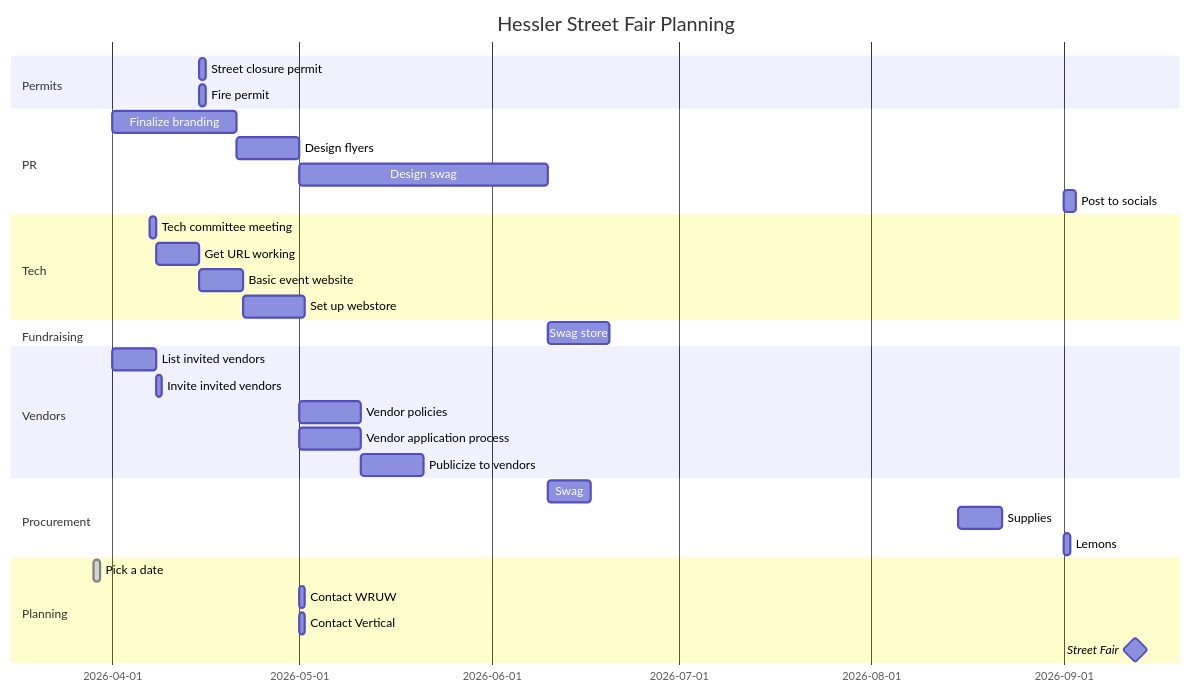
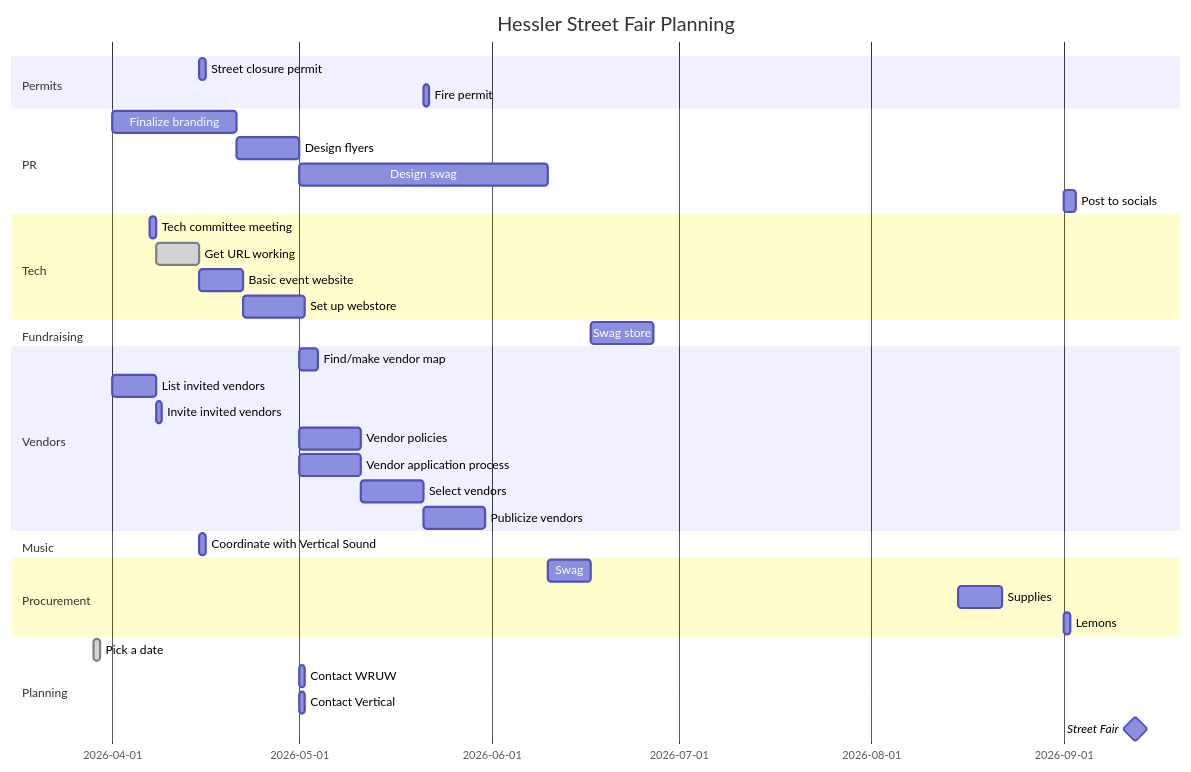
One commit to KCollins/KCollins.github.io changed the diagram in files/fairplan.md. Above: the diagram before and after it, drawn with Mermaid.

````diff
--- a/files/fairplan.md
+++ b/files/fairplan.md
@@ -1,37 +1,41 @@
 ```mermaid
 gantt
     title  Hessler Street Fair Planning
     dateFormat YYYY-MM-DD
     section Permits
             Street closure permit    :streetpermit, 2026-04-15, 1d
-            Fire permit    :firepermit, 2026-04-15, 1d
+            Fire permit    :firepermit, after vendorselect, 1d
 
     section PR
             Finalize branding : brand, 2026-04-01, 20d
             Design flyers : flyers, after brand, 10d
             Design swag    : designswag, 2026-05-01, 40d
             Post to socials: socials, 2026-09-01, 2d
     section Tech
             Tech committee meeting: techmeet, 2026-04-07, 1d
-            Get URL working: url, after techmeet, 7d
+            Get URL working:done, url, after techmeet, 7d
             Basic event website: basicsite, after url, 7d
             Set up webstore: webstore, after basicsite, 10d
     section Fundraising
             Swag store    :req, after designswag webstore swag, 10d
     section Vendors
+            Find/make vendor map: vendormap, 2026-05-01, 3d
             List invited vendors: invitelist, 2026-04-01, 7d
             Invite invited vendors: invite, after invitelist, 1d
             Vendor policies: policy, 2026-05-01, 10d
             Vendor application process: vendorapp, 2026-05-01, 10d
-            Publicize to vendors: vendor-announce, after vendorapp, 10d
+            Select vendors: vendorselect, after vendorapp, 10d
+            Publicize vendors: vendor-announce, after vendorselect, 10d
+    section Music
+            Coordinate with Vertical Sound    :vertical, 2026-04-15, 1d
     section Procurement
             Swag:   swag, after designswag, 7d
             Supplies: supplies, 2026-08-15, 7d
             Lemons: lemons, 2026-09-01, 1d
     section Planning
             Pick a date :done, pick, 2026-03-29, 1d
             Contact WRUW: wruw, 2026-05-01, 1d
             Contact Vertical: vertical, 2026-05-01, 1d
             Street Fair        :milestone, streetfair, 2026-09-12, 1d
 
 ```
````
